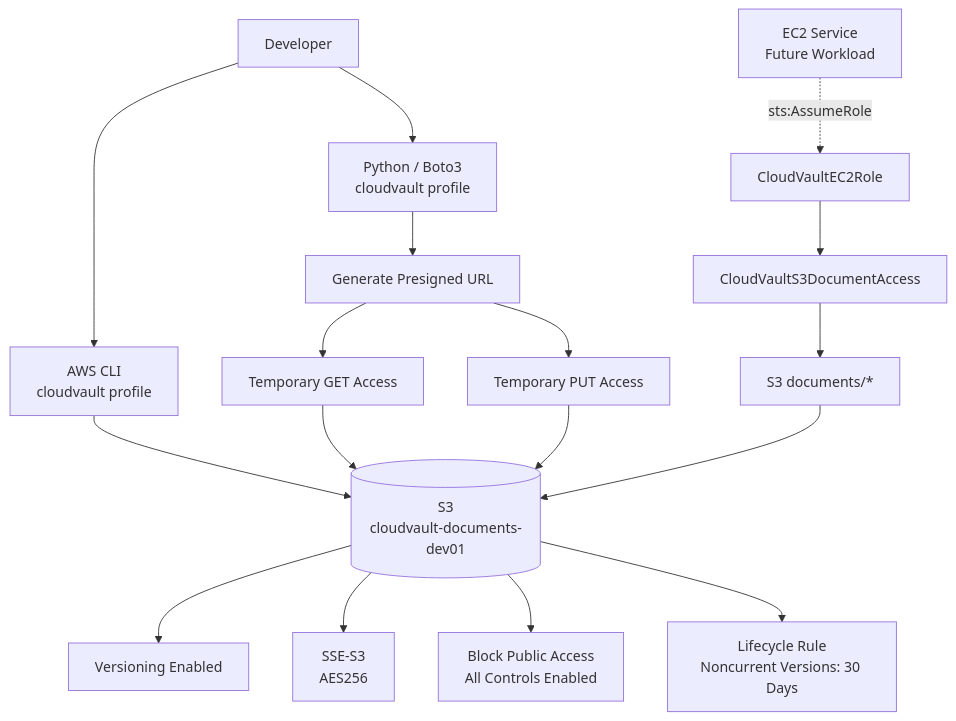
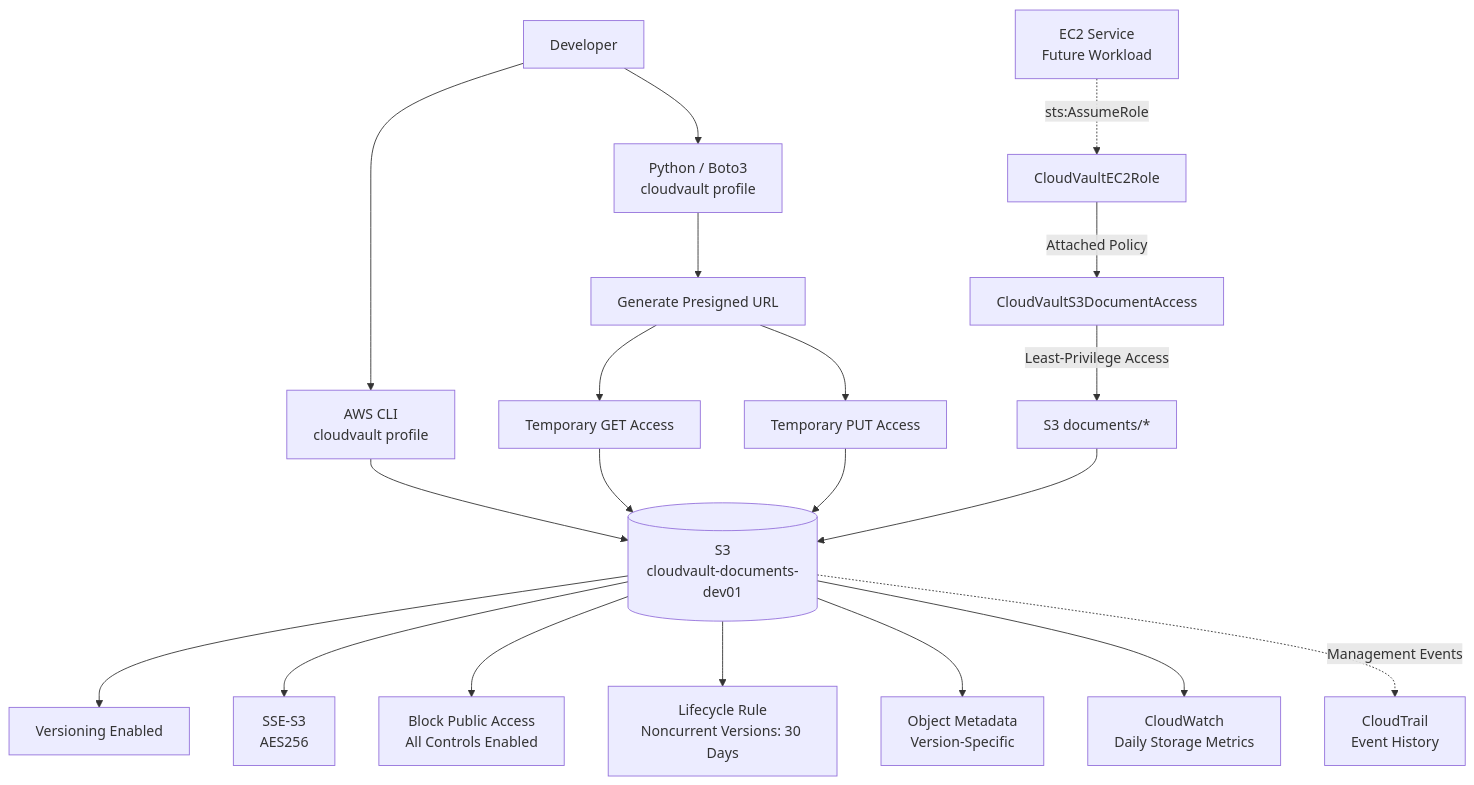
The diagram in docs/architecture/cloudvault-current-state.mmd (Nadleeh-coder/aws-cloudvault), drawn with Mermaid before and after one commit. The commit also changed 3 other files, not shown here.

```diff
--- a/docs/architecture/cloudvault-current-state.mmd
+++ b/docs/architecture/cloudvault-current-state.mmd
@@ -1,20 +1,24 @@
 flowchart TD
     DEV[Developer] --> CLI[AWS CLI<br/>cloudvault profile]
     CLI --> S3[(S3<br/>cloudvault-documents-dev01)]
 
     EC2[EC2 Service<br/>Future Workload] -. sts:AssumeRole .-> ROLE[CloudVaultEC2Role]
-    ROLE --> POLICY[CloudVaultS3DocumentAccess]
-    POLICY --> PREFIX[S3 documents/*]
+    ROLE -->|Attached Policy| POLICY[CloudVaultS3DocumentAccess]
+    POLICY -->|Least-Privilege Access| PREFIX[S3 documents/*]
     PREFIX --> S3
 
     S3 --> VER[Versioning Enabled]
     S3 --> ENC[SSE-S3<br/>AES256]
     S3 --> BPA[Block Public Access<br/>All Controls Enabled]
     S3 --> LIFE[Lifecycle Rule<br/>Noncurrent Versions: 30 Days]
+    S3 --> META[Object Metadata<br/>Version-Specific]
 
     DEV --> SDK[Python / Boto3<br/>cloudvault profile]
     SDK --> PRESIGN[Generate Presigned URL]
     PRESIGN --> GET[Temporary GET Access]
     PRESIGN --> PUT[Temporary PUT Access]
     GET --> S3
     PUT --> S3
+
+    S3 --> CW[CloudWatch<br/>Daily Storage Metrics]
+    S3 -. Management Events .-> CT[CloudTrail<br/>Event History]
```
